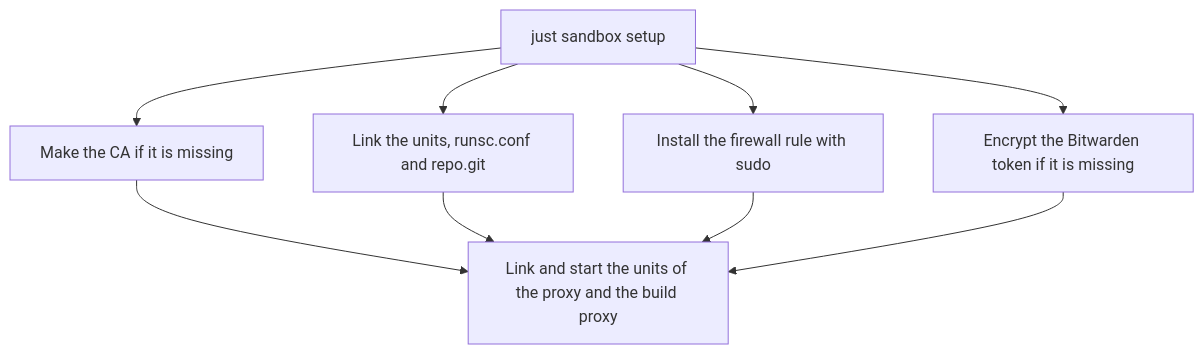
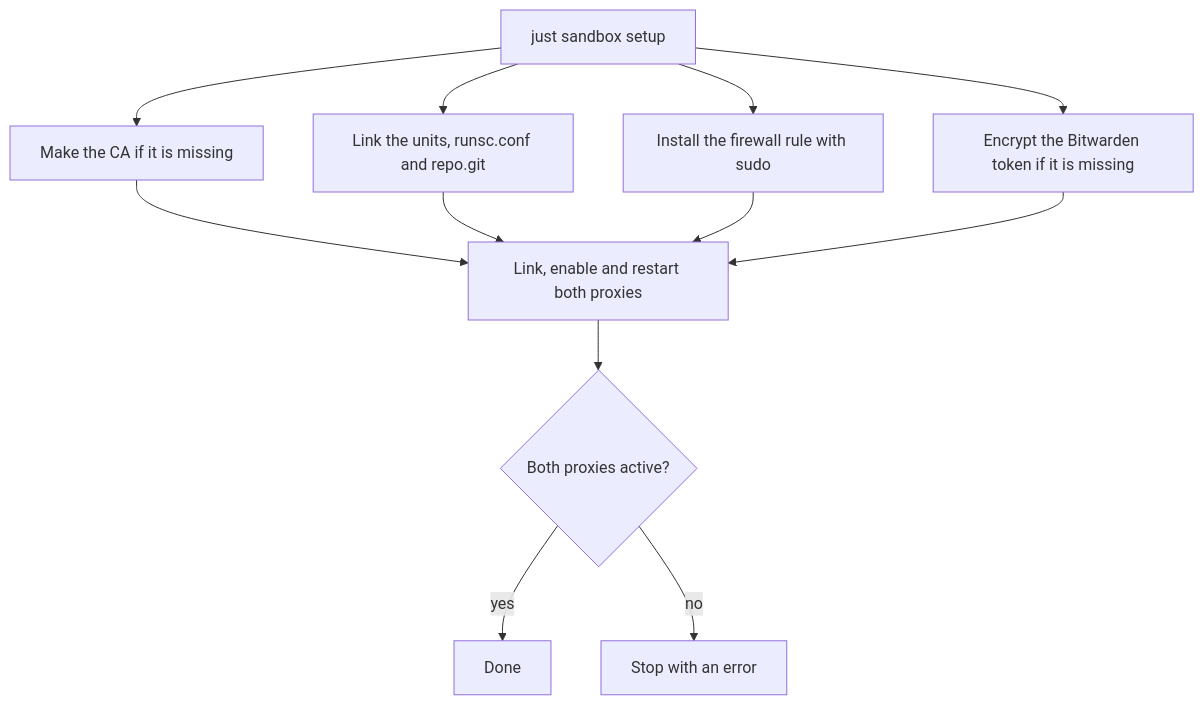
Before and after one commit to raghav19/engineersdaybook: the first of 6 diagrams in .sandbox/docs/internals.md, drawn with Mermaid. The commit also changed other lines of this file and 28 other files, not shown here.

````diff
--- a/.sandbox/docs/internals.md
+++ b/.sandbox/docs/internals.md
@@ -55,11 +61,14 @@
 ```mermaid
 flowchart TD
-    A[just sandbox setup] --> B[Make the CA if it is missing]
-    A --> C[Link the units, runsc.conf and repo.git]
-    A --> D[Install the firewall rule with sudo]
-    A --> E[Encrypt the Bitwarden token if it is missing]
-    B --> F[Link and start the units of the proxy and the build proxy]
+    A["just sandbox setup"] --> B["Make the CA if it is missing"]
+    A --> C["Link the units, runsc.conf and repo.git"]
+    A --> D["Install the firewall rule with sudo"]
+    A --> E["Encrypt the Bitwarden token if it is missing"]
+    B --> F["Link, enable and restart both proxies"]
     C --> F
     D --> F
     E --> F
+    F --> G{"Both proxies active?"}
+    G -->|yes| H["Done"]
+    G -->|no| I["Stop with an error"]
 ```
````
